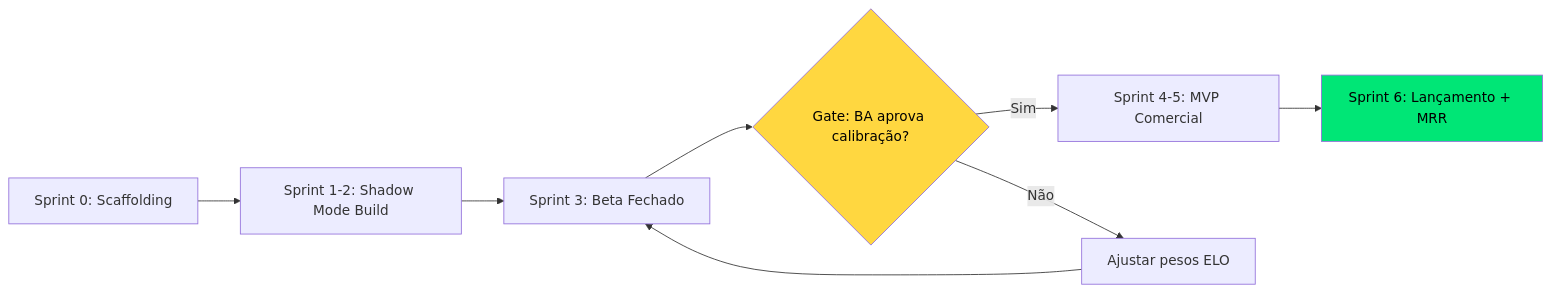
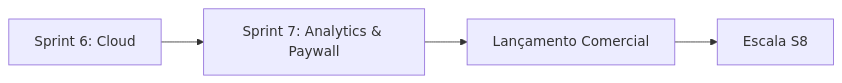
Before and after one commit to cnoronha843/SharkRank: the diagram in implementation_plan.md, drawn with Mermaid. The commit also changed other lines of this file and 32 other files, not shown here.

````diff
--- a/implementation_plan.md
+++ b/implementation_plan.md
@@ -169,12 +56,6 @@
 ```mermaid
 graph LR
-    A[Sprint 0: Scaffolding] --> B[Sprint 1-2: Shadow Mode Build]
-    B --> C[Sprint 3: Beta Fechado]
-    C --> D{Gate: BA aprova calibração?}
-    D -->|Sim| E[Sprint 4-5: MVP Comercial]
-    D -->|Não| F[Ajustar pesos ELO] --> C
-    E --> G[Sprint 6: Lançamento + MRR]
-    
-    style D fill:#FFD740,color:#000
-    style G fill:#00E676,color:#000
+    A[Sprint 6: Cloud] --> B[Sprint 7: Analytics & Paywall]
+    B --> C[Lançamento Comercial]
+    C --> D[Escala S8]
 ```
````
